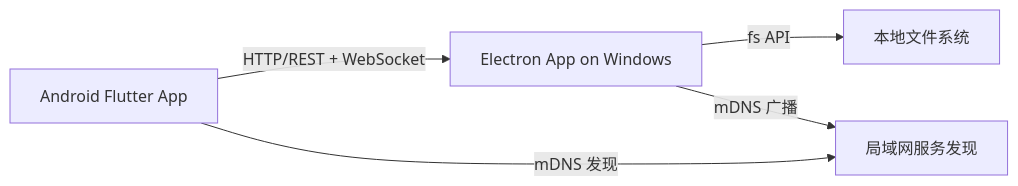
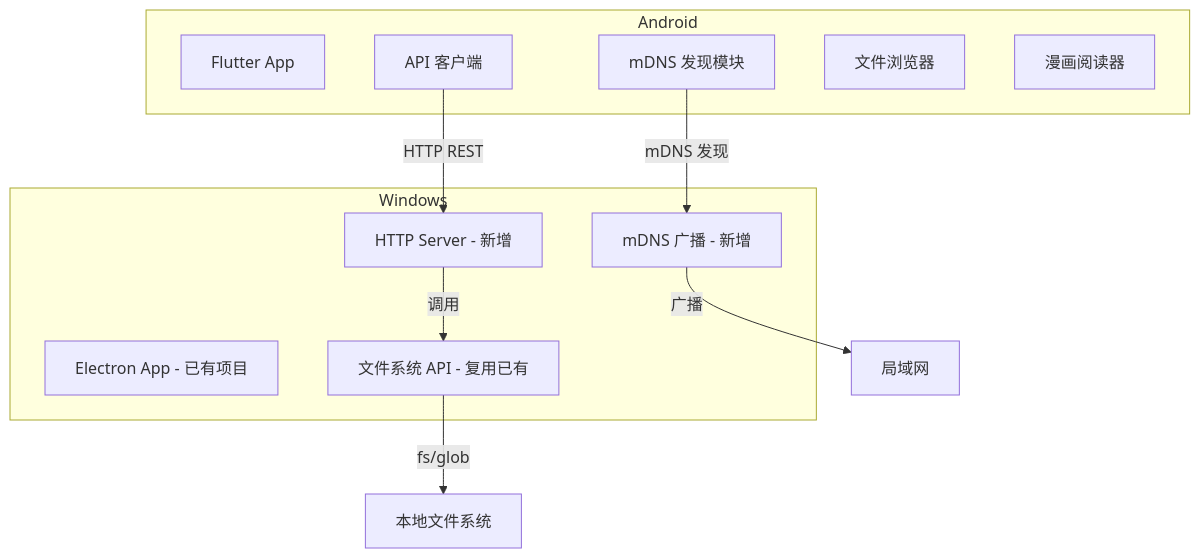
The first of 2 diagrams in plans/lan-file-access-plan.md (oyjjforever/comic-app), drawn with Mermaid before and after one commit. The commit also changed other lines of this file and 19 other files, not shown here.

````diff
--- a/plans/lan-file-access-plan.md
+++ b/plans/lan-file-access-plan.md
@@ -21,7 +90,23 @@
 ```mermaid
-flowchart LR
-    A[Android Flutter App] -- HTTP/REST + WebSocket --> B[Electron App on Windows]
-    B -- fs API --> C[本地文件系统]
-    B -- mDNS 广播 --> D[局域网服务发现]
-    A -- mDNS 发现 --> D
+flowchart TB
+    subgraph Android
+        A[Flutter App]
+        A1[mDNS 发现模块]
+        A2[API 客户端]
+        A3[文件浏览器]
+        A4[漫画阅读器]
+    end
+
+    subgraph Windows
+        B[Electron App - 已有项目]
+        B1[HTTP Server - 新增]
+        B2[mDNS 广播 - 新增]
+        B3[文件系统 API - 复用已有]
+    end
+
+    A1 -- mDNS 发现 --> B2
+    A2 -- HTTP REST --> B1
+    B1 -- 调用 --> B3
+    B3 -- fs/glob --> C[本地文件系统]
+    B2 -- 广播 --> D[局域网]
 ```
````
